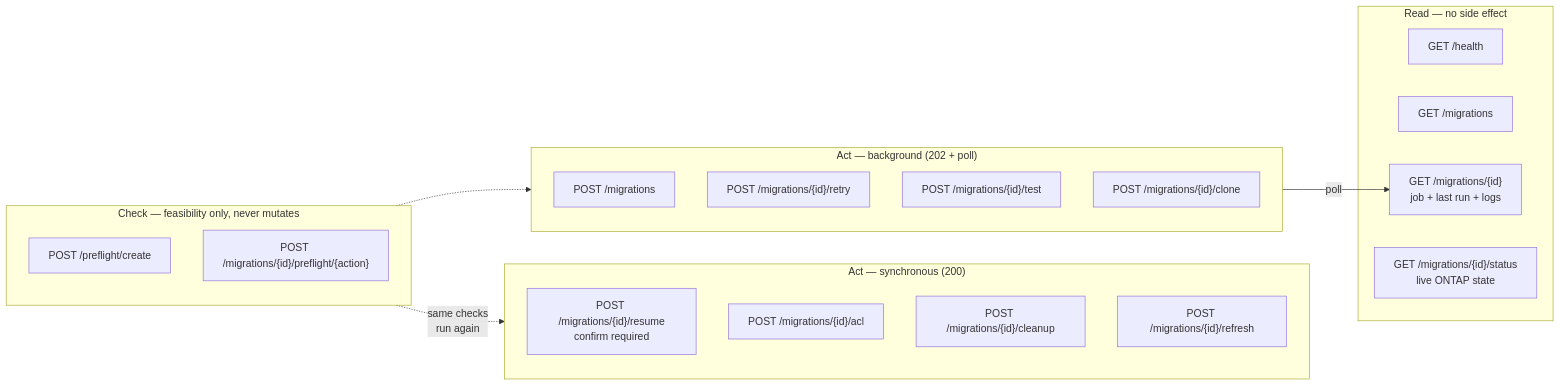
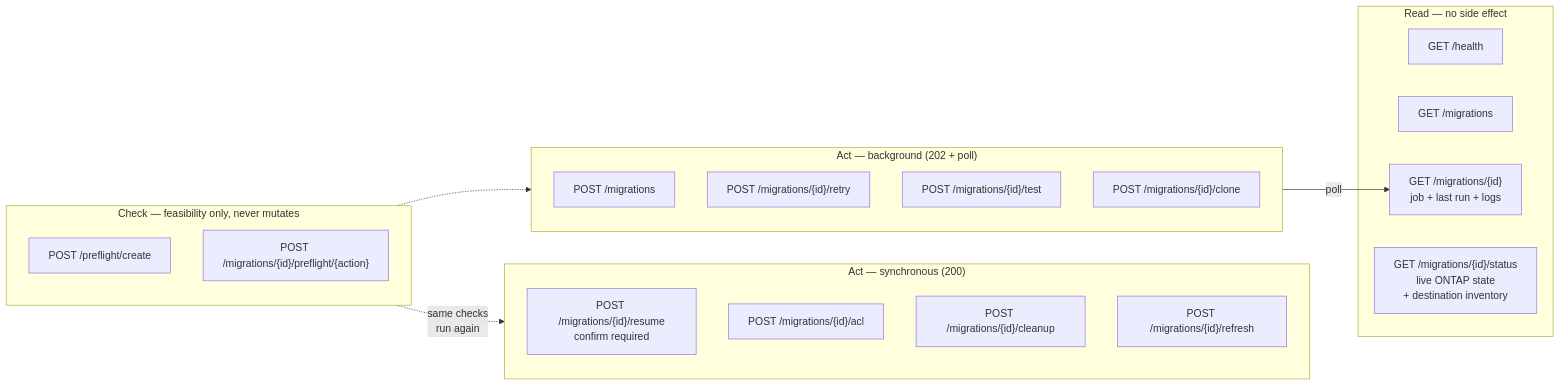
The third of 9 diagrams in docs/architecture.md (yassinekchiri/Repli), drawn with Mermaid before and after one commit. The commit also changed other lines of this file and 14 other files, not shown here.

````diff
--- a/docs/architecture.md
+++ b/docs/architecture.md
@@ -137,32 +137,32 @@
 ```mermaid
 flowchart LR
     subgraph read["Read — no side effect"]
         H["GET /health"]
         L["GET /migrations"]
         G["GET /migrations/{id}<br/>job + last run + logs"]
-        S["GET /migrations/{id}/status<br/>live ONTAP state"]
+        S["GET /migrations/{id}/status<br/>live ONTAP state<br/>+ destination inventory"]
     end
 
     subgraph check["Check — feasibility only, never mutates"]
         PC["POST /preflight/create"]
         PA["POST /migrations/{id}/preflight/{action}"]
     end
 
     subgraph sync["Act — synchronous (200)"]
         RS["POST /migrations/{id}/resume<br/>confirm required"]
         AC["POST /migrations/{id}/acl"]
         CU["POST /migrations/{id}/cleanup"]
         RF["POST /migrations/{id}/refresh"]
     end
 
     subgraph bg["Act — background (202 + poll)"]
         CR["POST /migrations"]
         RT["POST /migrations/{id}/retry"]
         TS["POST /migrations/{id}/test"]
         CL["POST /migrations/{id}/clone"]
     end
 
     check -.->|"same checks<br/>run again"| sync
     check -.-> bg
     bg -->|"poll"| G
 ```
````
